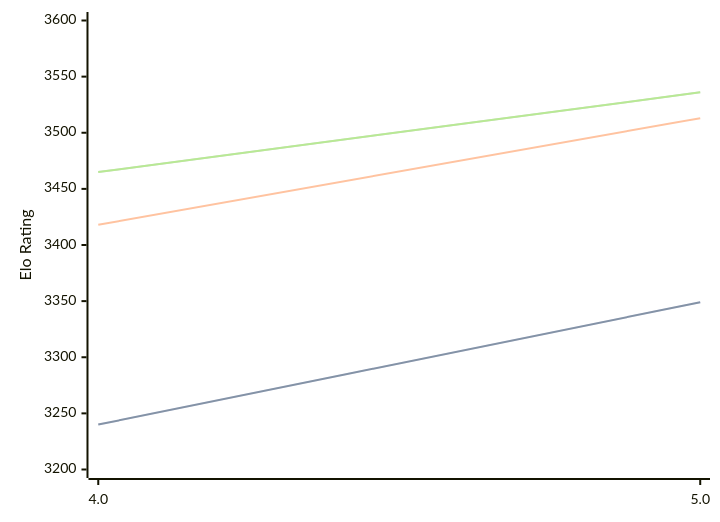
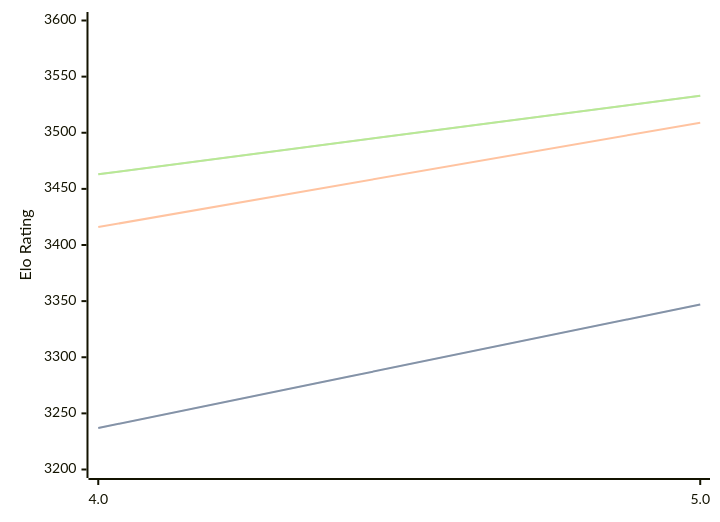
The diagram in engines/Tarnished.md (computer-chess-index/cci), drawn with Mermaid before and after one commit. The commit also changed other lines of this file, not shown here.

Commit message:
Update CCI Ratings (ELO VLTC) - 2026-06-08

````diff
--- a/engines/Tarnished.md
+++ b/engines/Tarnished.md
@@ -36,11 +36,11 @@
 ```mermaid
 %%{init: {"theme":"base","themeVariables":{"seriesColors:['#a3a3a3','#222221','#faa371']}}}%%
 xychart-beta
   x-axis ["4.0", "5.0"]
   y-axis "Elo Rating" 3200 --> 3600
-  line "STC (8.0+0.08s)" [3240, 3349]
-  line "STC (8.0+0.08s)" [3240, 3349]
-  line "LTC (60.0+0.60s)" [3418, 3513]
-  line "VLTC (2m24s+1.12s)" [3465, 3536]
-  line "VLTC (2m24s+1.12s)" [3465, 3536]
+  line "STC (8.0+0.08s)" [3237, 3347]
+  line "STC (8.0+0.08s)" [3237, 3347]
+  line "LTC (60.0+0.60s)" [3416, 3509]
+  line "VLTC (2m24s+1.12s)" [3463, 3533]
+  line "VLTC (2m24s+1.12s)" [3463, 3533]
 ```
````
